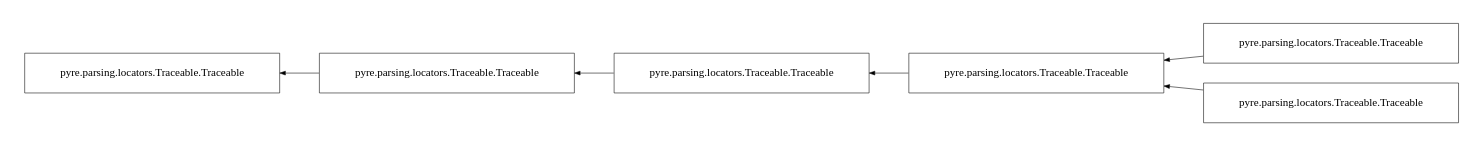
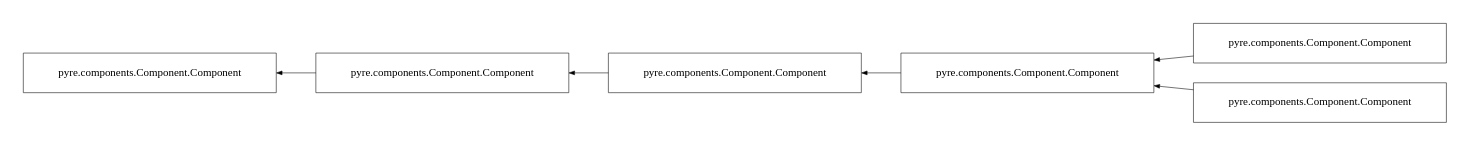
One commit to danse-inelastic/molDynamics changed the diagram in docs/sphinx/test.dot. Above: the diagram before and after it, drawn with Graphviz. The commit also changed 2 other files, not shown here.

Commit message:
trying to fix this darn bug in the class diagram generator! rrrrr!!!

```diff
--- a/docs/sphinx/test.dot
+++ b/docs/sphinx/test.dot
@@ -1,15 +1,15 @@
 digraph classdiagramb312093a7a {
 rankdir=LR;
 size="8.0, 12.0";
-  "Configurable" [shape=box,fontsize=10,style="setlinewidth(0.5)",label="pyre.parsing.locators.Traceable.Traceable"];
+  "MolDynamics" [shape=box,fontsize=10,style="setlinewidth(0.5)",label="pyre.components.Component.Component"];
+  "Component" -> "MolDynamics" [arrowsize=0.5,style="setlinewidth(0.5)",dir=back];
+  "Traceable" [shape=box,fontsize=10,style="setlinewidth(0.5)",label="pyre.components.Component.Component"];
+  "Mmtk" [shape=box,fontsize=10,style="setlinewidth(0.5)",label="pyre.components.Component.Component"];
+  "MolDynamics" -> "Mmtk" [arrowsize=0.5,style="setlinewidth(0.5)",dir=back];
+  "Configurable" [shape=box,fontsize=10,style="setlinewidth(0.5)",label="pyre.components.Component.Component"];
   "Traceable" -> "Configurable" [arrowsize=0.5,style="setlinewidth(0.5)",dir=back];
-  "Component" [shape=box,fontsize=10,style="setlinewidth(0.5)",label="pyre.parsing.locators.Traceable.Traceable"];
+  "Gulp" [shape=box,fontsize=10,style="setlinewidth(0.5)",label="pyre.components.Component.Component"];
+  "MolDynamics" -> "Gulp" [arrowsize=0.5,style="setlinewidth(0.5)",dir=back];
+  "Component" [shape=box,fontsize=10,style="setlinewidth(0.5)",label="pyre.components.Component.Component"];
   "Configurable" -> "Component" [arrowsize=0.5,style="setlinewidth(0.5)",dir=back];
-  "Gulp" [shape=box,fontsize=10,style="setlinewidth(0.5)",label="pyre.parsing.locators.Traceable.Traceable"];
-  "MolDynamics" -> "Gulp" [arrowsize=0.5,style="setlinewidth(0.5)",dir=back];
-  "Mmtk" [shape=box,fontsize=10,style="setlinewidth(0.5)",label="pyre.parsing.locators.Traceable.Traceable"];
-  "MolDynamics" -> "Mmtk" [arrowsize=0.5,style="setlinewidth(0.5)",dir=back];
-  "MolDynamics" [shape=box,fontsize=10,style="setlinewidth(0.5)",label="pyre.parsing.locators.Traceable.Traceable"];
-  "Component" -> "MolDynamics" [arrowsize=0.5,style="setlinewidth(0.5)",dir=back];
-  "Traceable" [shape=box,fontsize=10,style="setlinewidth(0.5)",label="pyre.parsing.locators.Traceable.Traceable"];
 }
```
